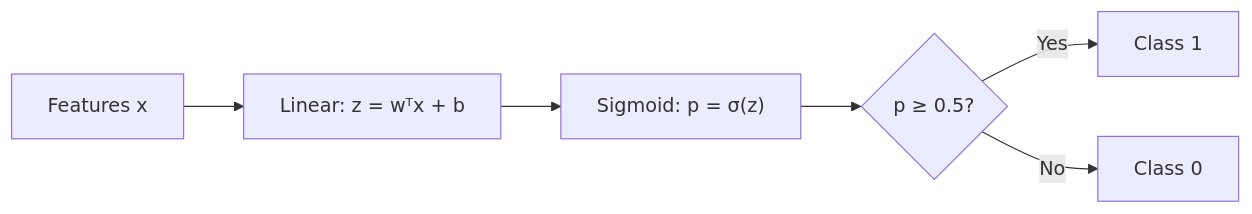
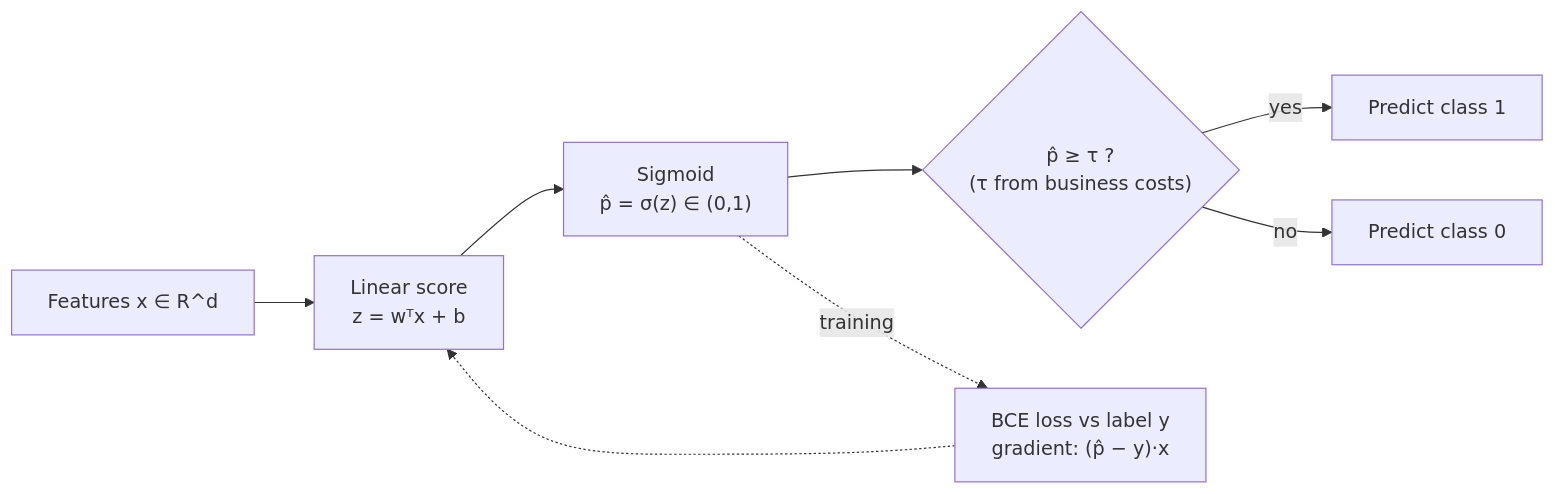
The first of 3 diagrams in roadmap/phase-1-classical-ml/04-logistic-regression.md (ABHIRAM3007/itp), drawn with Mermaid before and after one commit. The commit also changed other lines of this file and 23 other files, not shown here.

````diff
--- a/roadmap/phase-1-classical-ml/04-logistic-regression.md
+++ b/roadmap/phase-1-classical-ml/04-logistic-regression.md
@@ -106,8 +152,10 @@
 ```mermaid
 flowchart LR
-    X["Features x"] --> L["Linear: z = wᵀx + b"]
-    L --> S["Sigmoid: p = σ(z)"]
-    S --> D{"p ≥ 0.5?"}
-    D -- Yes --> Y1["Class 1"]
-    D -- No --> Y0["Class 0"]
+    X["Features x ∈ R^d"] --> L["Linear score<br/>z = wᵀx + b"]
+    L --> S["Sigmoid<br/>p̂ = σ(z) ∈ (0,1)"]
+    S --> T{"p̂ ≥ τ ?<br/>(τ from business costs)"}
+    T -- yes --> C1["Predict class 1"]
+    T -- no --> C0["Predict class 0"]
+    S -.->|training| BCE["BCE loss vs label y<br/>gradient: (p̂ − y)·x"]
+    BCE -.-> L
 ```
````
